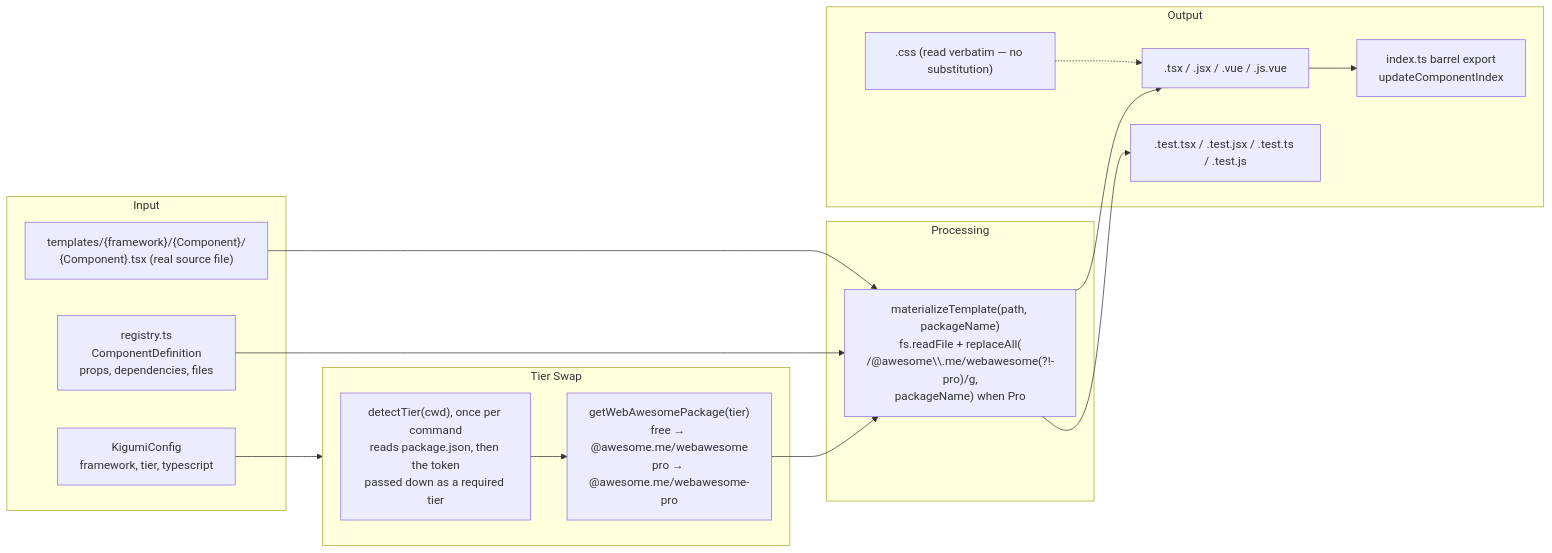
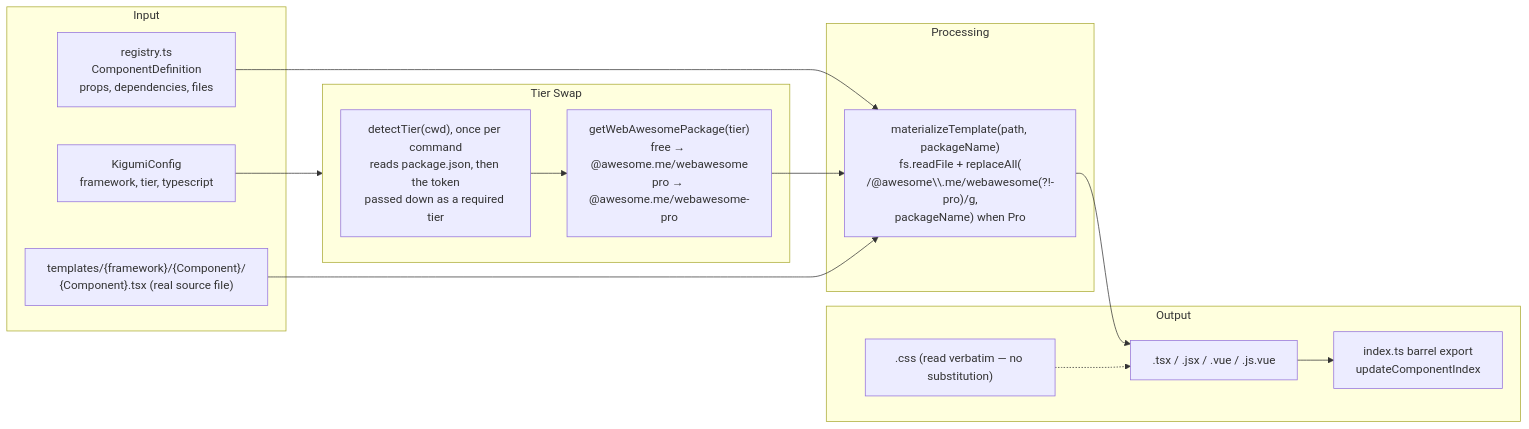
The third of 4 diagrams in AGENTS.md (kigumi-ui/kigumi-cli), drawn with Mermaid before and after one commit. The commit also changed other lines of this file and 501 other files, not shown here.

````diff
--- a/AGENTS.md
+++ b/AGENTS.md
@@ -580,32 +580,31 @@
 ```mermaid
 flowchart LR
     subgraph Input
         SRC["templates/{framework}/{Component}/\n{Component}.tsx (real source file)"]
         REG["registry.ts\nComponentDefinition\nprops, dependencies, files"]
         CFG["KigumiConfig\nframework, tier, typescript"]
     end
 
     subgraph TierResolution["Tier Swap"]
         DETECT["detectTier(cwd), once per command\nreads package.json, then the token\npassed down as a required tier"]
         PKG["getWebAwesomePackage(tier)\nfree → @awesome.me/webawesome\npro → @awesome.me/webawesome-pro"]
     end
 
     subgraph Processing
         READ["materializeTemplate(path, packageName)\nfs.readFile + replaceAll(\n/@awesome\\.me/webawesome(?!-pro)/g,\npackageName) when Pro"]
     end
 
     subgraph Output
         COMP[".tsx / .jsx / .vue / .js.vue"]
-        TEST[".test.tsx / .test.jsx / .test.ts / .test.js"]
         CSS[".css (read verbatim — no substitution)"]
         INDEX["index.ts barrel export\nupdateComponentIndex"]
     end
 
     REG --> READ
     CFG --> TierResolution
     DETECT --> PKG --> READ
     SRC --> READ
-    READ --> COMP & TEST
+    READ --> COMP
     CSS -.-> COMP
     COMP --> INDEX
 ```
````
